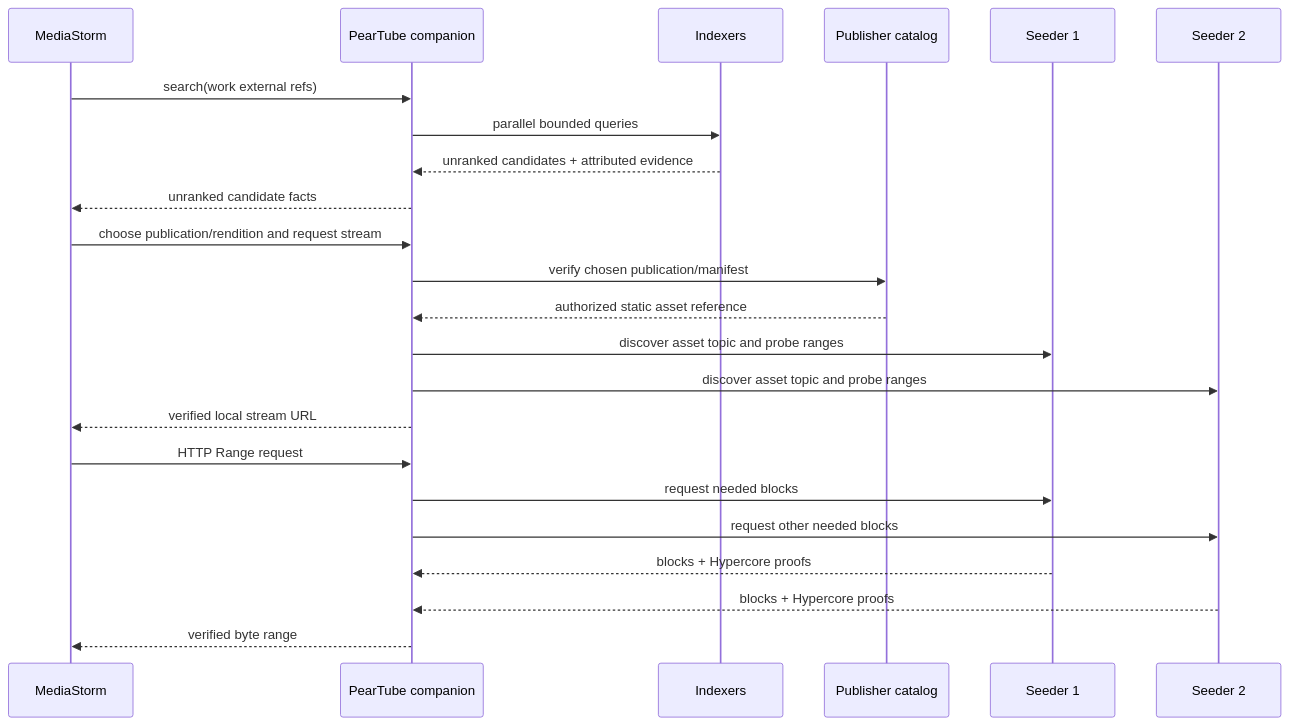
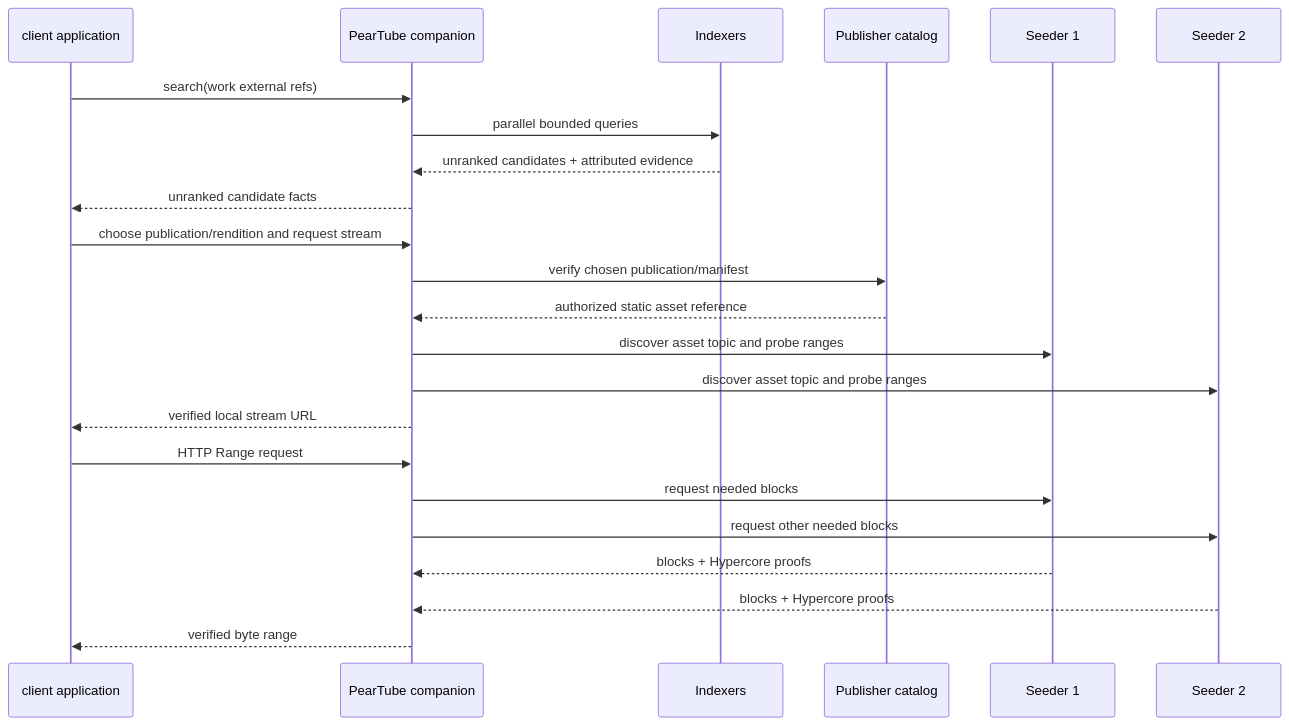
One commit to ayooooo123/peartube changed the fifth of 6 diagrams in docs/superpowers/specs/2026-08-09-distributed-archive-search-scale-design.md. Above: the diagram before and after it, drawn with Mermaid. The commit also changed other lines of this file and 56 other files, not shown here.

````diff
--- a/docs/superpowers/specs/2026-08-09-distributed-archive-search-scale-design.md
+++ b/docs/superpowers/specs/2026-08-09-distributed-archive-search-scale-design.md
@@ -720,26 +720,26 @@
 ```mermaid
 sequenceDiagram
-  participant M as MediaStorm
+  participant M as client application
   participant C as PearTube companion
   participant IX as Indexers
   participant PF as Publisher catalog
   participant S1 as Seeder 1
   participant S2 as Seeder 2
 
   M->>C: search(work external refs)
   C->>IX: parallel bounded queries
   IX-->>C: unranked candidates + attributed evidence
   C-->>M: unranked candidate facts
   M->>C: choose publication/rendition and request stream
   C->>PF: verify chosen publication/manifest
   PF-->>C: authorized static asset reference
   C->>S1: discover asset topic and probe ranges
   C->>S2: discover asset topic and probe ranges
   C-->>M: verified local stream URL
   M->>C: HTTP Range request
   C->>S1: request needed blocks
   C->>S2: request other needed blocks
   S1-->>C: blocks + Hypercore proofs
   S2-->>C: blocks + Hypercore proofs
   C-->>M: verified byte range
 ```
````
